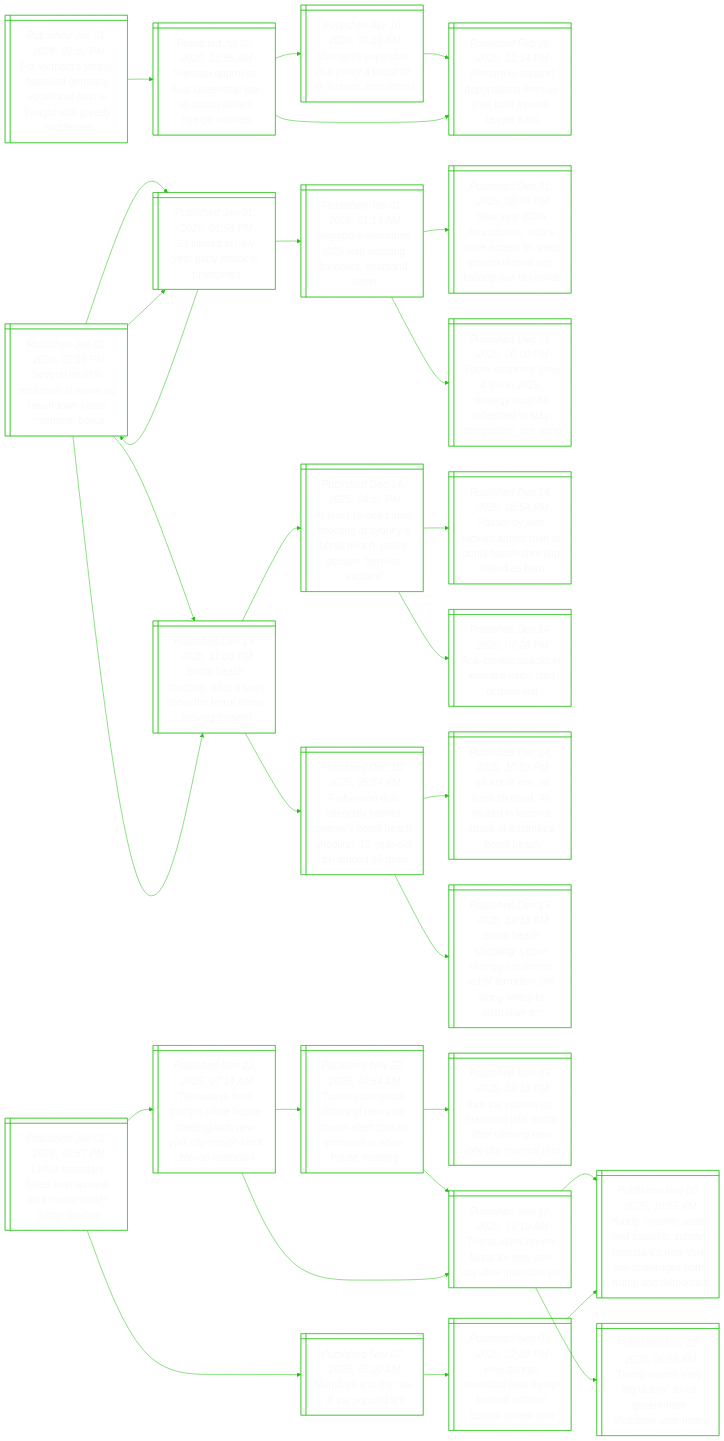
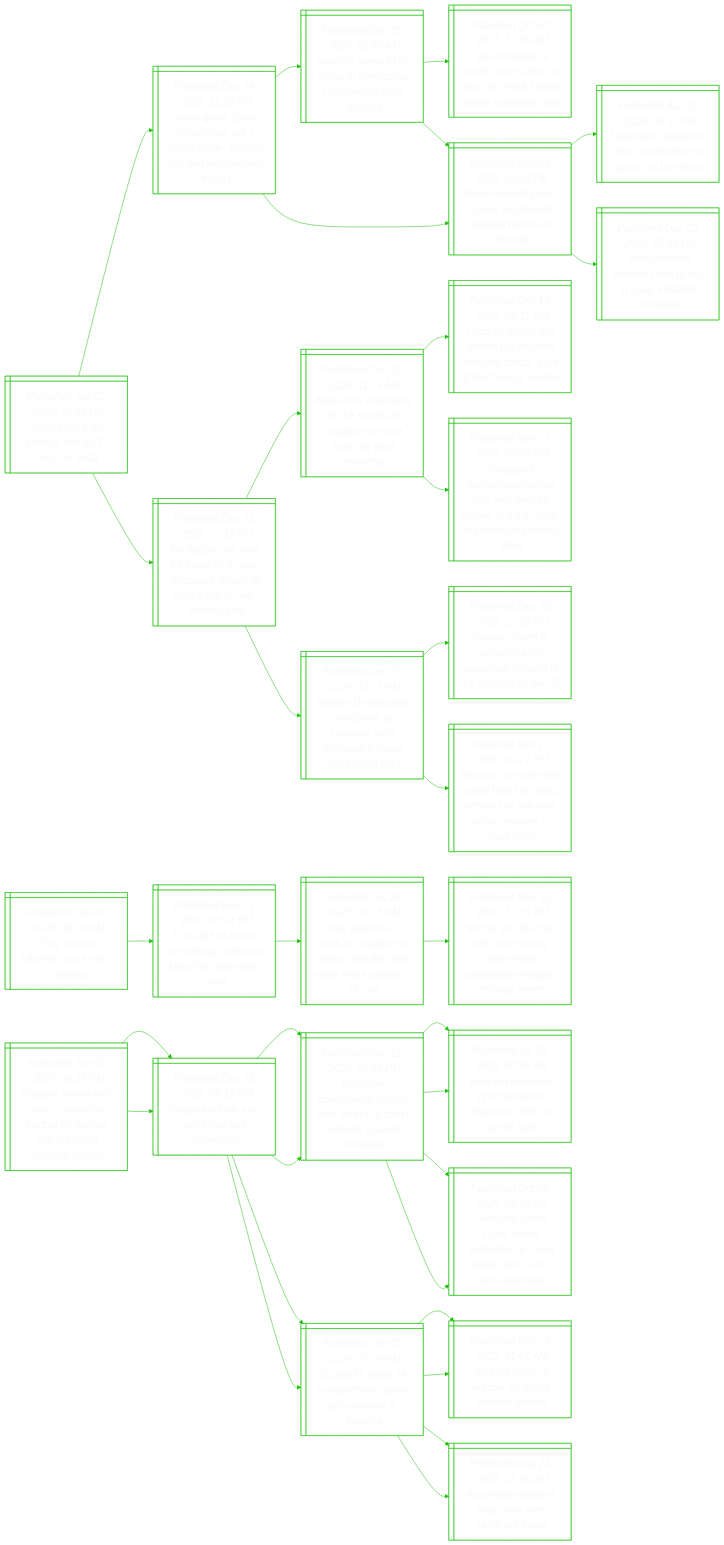
The diagram in README.md (notJmes/notJmes), drawn with Mermaid before and after one commit. The commit also changed other lines of this file, not shown here.

````diff
--- a/README.md
+++ b/README.md
@@ -16,100 +16,109 @@
 flowchart LR
 classDef txtsize font-size:20px;
 
-Fesgueytliuieim@{ shape: win-pane, label: "_Published Jan 01, 2026, 02:30 PM_
-For vietnam’s young, favoured germany vocational path is fraught with greedy middlemen" }
-Vardinlaclone@{ shape: win-pane, label: "_Published Jul 02, 2025, 10:55 AM_
-Vietnam approves dual citizenship law to attract skilled foreign workers" }
-Vapdpysiuit@{ shape: win-pane, label: "_Published Apr 10, 2025, 09:25 AM_
-Vietnam’s expanded visa policy a boost for its tourism, investment" }
-Vautroofattyy@{ shape: win-pane, label: "_Published Feb 28, 2025, 12:14 PM_
-Vietnam to support deportations from us after tariff threats, lawyer says" }
-Vautroofattyy@{ shape: win-pane, label: "_Published Feb 28, 2025, 12:14 PM_
-Vietnam to support deportations from us after tariff threats, lawyer says" }
+IlilrnOa@{ shape: win-pane, label: "_Published Jan 01, 2026, 06:49 PM_
+Israel says it will enforce ban on 37 ngos in gaza" }
+Ilnttotcbiddpnu@{ shape: win-pane, label: "_Published Dec 24, 2025, 11:53 PM_
+Israel green lights contentious oct 7 attack probe, families demand independent inquiry" }
+Ilvinviddrdy@{ shape: win-pane, label: "_Published Dec 25, 2025, 01:52 AM_
+Israel to invest $140 billion in developing independent arms industry" }
+Sbsrcdnacaale@{ shape: win-pane, label: "_Published Oct 08, 2023, 12:45 AM_
+‘sea of bodies’ in israel, scores dead in gaza as shock hamas attack unleashes war" }
+Ilnwbosealcy@{ shape: win-pane, label: "_Published Dec 23, 2025, 08:04 PM_
+Israel extends power to ban broadcasts deemed harmful to security" }
+Ilnwbosealcy@{ shape: win-pane, label: "_Published Dec 23, 2025, 08:04 PM_
+Israel extends power to ban broadcasts deemed harmful to security" }
+Nyutteffraa@{ shape: win-pane, label: "_Published Apr 01, 2024, 09:57 PM_
+Netanyahu pushes to shut israeli office of qatar’s al jazeera tv" }
+Ilnnrtyzaho@{ shape: win-pane, label: "_Published Dec 23, 2025, 07:54 PM_
+Israel defence minister vows to stay in gaza, establish outposts" }
+NpyosbSphdtnlnm@{ shape: win-pane, label: "_Published Dec 31, 2025, 03:15 PM_
+No happy new year for those hit by war; singapore should do what it can to help: shanmugam" }
+AvtheeSpoesast@{ shape: win-pane, label: "_Published Dec 20, 2025, 11:05 AM_
+About 200 volunteers hit the streets of singapore to raise funds for gaza residents" }
+Goefeiimccybnor@{ shape: win-pane, label: "_Published Dec 19, 2025, 08:11 PM_
+Gaza no longer has famine but situation remains critical, says global hunger monitor" }
+SputnpeenaGaedii@{ shape: win-pane, label: "_Published Nov 17, 2024, 07:00 PM_
+Singapore humanitarian group has sent over 50 tonnes of aid to gaza, launches fund-raising drive" }
+WcehaavnpsUBTR@{ shape: win-pane, label: "_Published Dec 27, 2025, 12:15 PM_
+Woman charged with vandalism at salvation army premises in upper bukit timah road" }
+Wldloyaiebrn@{ shape: win-pane, label: "_Published Dec 26, 2025, 10:20 PM_
+Woman linked to salvation army vandalism incident to be charged on dec 27" }
+Wattaidlhsloyinth@{ shape: win-pane, label: "_Published Dec 25, 2025, 04:21 PM_
+Woman arrested after graffiti found on walls, vehicles at salvation army premises in bukit timah" }
 
-Fesgueytliuieim:::txtsize --> Vardinlaclone:::txtsize
-Vardinlaclone:::txtsize --> Vapdpysiuit:::txtsize
-Vapdpysiuit:::txtsize --> Vautroofattyy:::txtsize
-Vardinlaclone:::txtsize --> Vautroofattyy:::txtsize
+IlilrnOa:::txtsize --> Ilnttotcbiddpnu:::txtsize
+Ilnttotcbiddpnu:::txtsize --> Ilvinviddrdy:::txtsize
+Ilvinviddrdy:::txtsize --> Sbsrcdnacaale:::txtsize
+Ilvinviddrdy:::txtsize --> Ilnwbosealcy:::txtsize
+Ilnttotcbiddpnu:::txtsize --> Ilnwbosealcy:::txtsize
+Ilnwbosealcy:::txtsize --> Nyutteffraa:::txtsize
+Ilnwbosealcy:::txtsize --> Ilnnrtyzaho:::txtsize
+IlilrnOa:::txtsize --> NpyosbSphdtnlnm:::txtsize
+NpyosbSphdtnlnm:::txtsize --> AvtheeSpoesast:::txtsize
+AvtheeSpoesast:::txtsize --> Goefeiimccybnor:::txtsize
+AvtheeSpoesast:::txtsize --> SputnpeenaGaedii:::txtsize
+NpyosbSphdtnlnm:::txtsize --> WcehaavnpsUBTR:::txtsize
+WcehaavnpsUBTR:::txtsize --> Wldloyaiebrn:::txtsize
+WcehaavnpsUBTR:::txtsize --> Wattaidlhsloyinth:::txtsize
 
-Sadpowkownto@{ shape: win-pane, label: "_Published Jan 01, 2026, 02:15 PM_
-Several dead in explosion at swiss ski resort town crans montana: police" }
-ieerychp@{ shape: win-pane, label: "_Published Jan 01, 2026, 01:59 PM_
-22 injured in new year party attack in philippines" }
-Sadpowkownto@{ shape: win-pane, label: "_Published Jan 01, 2026, 02:15 PM_
-Several dead in explosion at swiss ski resort town crans montana: police" }
-ieerychp@{ shape: win-pane, label: "_Published Jan 01, 2026, 01:59 PM_
-22 injured in new year party attack in philippines" }
-BBsiaaoeoevod@{ shape: win-pane, label: "_Published Dec 19, 2025, 11:05 PM_
-Bondi beach shooting: what it says about the terror threat moving forward" }
-Speehlirane@{ shape: win-pane, label: "_Published Jan 01, 2026, 01:13 AM_
-Singapore welcomes 2026 with dazzling fireworks, heartland cheer" }
-Nanniocosniyaeo@{ shape: win-pane, label: "_Published Dec 31, 2025, 08:06 PM_
-New year 2026 countdowns: police close access to areas around marina bay, kallang due to crowds" }
-SemwrybrdapiW@{ shape: win-pane, label: "_Published Dec 31, 2025, 06:00 PM_
-S’pore economy grew 4.8% in 2025, strategy must be refreshed to stay competitive: pm wong" }
-BBsiaaoeoevod@{ shape: win-pane, label: "_Published Dec 19, 2025, 11:05 PM_
-Bondi beach shooting: what it says about the terror threat moving forward" }
-Asdrttenaleeoie@{ shape: win-pane, label: "_Published Dec 14, 2025, 04:30 PM_
-At least 16 dead after shooting at sydney’s bondi beach; police declare ‘terrorist incident’" }
-Prolmnnaogee@{ shape: win-pane, label: "_Published Dec 14, 2025, 08:54 PM_
-Passer-by who tackled armed man at bondi beach shooting hailed as hero" }
-AeccAaitfw@{ shape: win-pane, label: "_Published Dec 14, 2025, 07:28 PM_
-Anti-semitic attacks in australia since start of gaza war" }
-Frueynnoehnrioa@{ shape: win-pane, label: "_Published Dec 15, 2025, 05:14 AM_
-Father-son duo allegedly behind sydney’s bondi beach shooting; 10-year-old girl among 16 dead" }
-Aolaaunoaksina@{ shape: win-pane, label: "_Published Dec 14, 2025, 10:50 PM_
-‘an act of evil’: at least 16 dead, 40 injured in terrorist attack at australia’s bondi beach" }
-BBsioryeceiWrtta@{ shape: win-pane, label: "_Published Dec 15, 2025, 12:18 AM_
-Bondi beach shooting: s’pore strongly condemns act of terrorism, pm wong writes to australian pm" }
+Taieooi@{ shape: win-pane, label: "_Published Jan 01, 2026, 06:30 PM_
+They want to influence you to do… nothing" }
+Igntygckhwce@{ shape: win-pane, label: "_Published Dec 01, 2025, 06:21 PM_
+In an age of instant everything, postcards keep the slow magic alive" }
+Plyaaaadaeisl@{ shape: win-pane, label: "_Published Oct 24, 2025, 01:15 PM_
+Pen pals for 43 years, a singaporean and a canadian had never met in person – till now" }
+TeleSslrtegntgt@{ shape: win-pane, label: "_Published May 15, 2025, 12:15 PM_
+‘tell her you like her’: the s’pore social experiment connecting strangers through letters" }
 
-Sadpowkownto:::txtsize --> ieerychp:::txtsize
-ieerychp:::txtsize --> Sadpowkownto:::txtsize
-Sadpowkownto:::txtsize --> ieerychp:::txtsize
-Sadpowkownto:::txtsize --> BBsiaaoeoevod:::txtsize
-ieerychp:::txtsize --> Speehlirane:::txtsize
-Speehlirane:::txtsize --> Nanniocosniyaeo:::txtsize
-Speehlirane:::txtsize --> SemwrybrdapiW:::txtsize
-Sadpowkownto:::txtsize --> BBsiaaoeoevod:::txtsize
-BBsiaaoeoevod:::txtsize --> Asdrttenaleeoie:::txtsize
-Asdrttenaleeoie:::txtsize --> Prolmnnaogee:::txtsize
-Asdrttenaleeoie:::txtsize --> AeccAaitfw:::txtsize
-BBsiaaoeoevod:::txtsize --> Frueynnoehnrioa:::txtsize
-Frueynnoehnrioa:::txtsize --> Aolaaunoaksina:::txtsize
-Frueynnoehnrioa:::txtsize --> BBsioryeceiWrtta:::txtsize
+Taieooi:::txtsize --> Igntygckhwce:::txtsize
+Igntygckhwce:::txtsize --> Plyaaaadaeisl:::txtsize
+Plyaaaadaeisl:::txtsize --> TeleSslrtegntgt:::txtsize
 
-LsdavNroemd@{ shape: win-pane, label: "_Published Jan 01, 2026, 01:57 PM_
-Leftist mamdani takes over as new york mayor under trump shadow" }
-TwruhoegNryrtad@{ shape: win-pane, label: "_Published Nov 22, 2025, 07:14 AM_
-Takeaways from trump’s white house meeting with new york city mayor-elect zohran mamdani" }
-TcncoYaloMnhoeg@{ shape: win-pane, label: "_Published Nov 22, 2025, 04:54 AM_
-Trump commends victory of new york mayor-elect zohran mamdani at white house meeting" }
-ThuMnlmenekmae@{ shape: win-pane, label: "_Published Nov 05, 2025, 02:15 PM_
-‘turn the volume up,’ mamdani tells trump after winning new york city mayoral race" }
-TarwsekaMn@{ shape: win-pane, label: "_Published Nov 12, 2025, 07:10 AM_
-Trump aides review funds for new york city after mamdani win" }
-TarwsekaMn@{ shape: win-pane, label: "_Published Nov 12, 2025, 07:10 AM_
-Trump aides review funds for new york city after mamdani win" }
-YMmnoihaiYilehpea@{ shape: win-pane, label: "_Published Nov 05, 2025, 10:55 AM_
-Young, muslim, asian and socialist: zohran mamdani’s new york win challenges both trump and democrats" }
-Tcsbcaomhwes@{ shape: win-pane, label: "_Published Nov 12, 2025, 06:55 AM_
-Trump claims ‘very big victory’ as us government shutdown vote nears" }
-Mntshul@{ shape: win-pane, label: "_Published Nov 07, 2025, 05:00 AM_
-Mamdani and the rise of the populist left" }
-HhaiTbdemek@{ shape: win-pane, label: "_Published Nov 05, 2025, 02:08 PM_
-How zohran mamdani beat trump-backed andrew cuomo in new york" }
-YMmnoihaiYilehpea@{ shape: win-pane, label: "_Published Nov 05, 2025, 10:55 AM_
-Young, muslim, asian and socialist: zohran mamdani’s new york win challenges both trump and democrats" }
+BrierpfmooBiCtae@{ shape: win-pane, label: "_Published Jan 01, 2026, 06:19 PM_
+Bulgaria joining euro area is powerful symbol for europe: ecb president christine lagarde" }
+Brouirna@{ shape: win-pane, label: "_Published Dec 28, 2025, 04:15 PM_
+Bulgaria adopts euro amid fear and uncertainty" }
+Bromesrsrrtiot@{ shape: win-pane, label: "_Published Dec 11, 2025, 08:58 PM_
+Bulgarian government resigns after weeks of street protests against corruption" }
+BrcsbaefUnt@{ shape: win-pane, label: "_Published Jul 08, 2025, 08:35 PM_
+Bulgaria becomes 21st member to adopt euro after eu green light" }
+Gillepsairyoacs@{ shape: win-pane, label: "_Published Oct 05, 2025, 09:06 AM_
+Georgian police clash, detain protesters as ruling party says it won local elections" }
+EeatsesPmna@{ shape: win-pane, label: "_Published Sep 01, 2025, 07:39 PM_
+Eu chief’s plane hit by suspected russian gps jamming in bulgaria" }
+DsruasvUn@{ shape: win-pane, label: "_Published Feb 24, 2022, 11:01 AM_
+'darkest hours of europe' as russia invades ukraine" }
+Apapoeafe@{ shape: win-pane, label: "_Published Aug 22, 2025, 05:00 AM_
+A trumpian game of ping pong over ukraine’s future" }
+Brouirna@{ shape: win-pane, label: "_Published Dec 28, 2025, 04:15 PM_
+Bulgaria adopts euro amid fear and uncertainty" }
+Bromesrsrrtiot@{ shape: win-pane, label: "_Published Dec 11, 2025, 08:58 PM_
+Bulgarian government resigns after weeks of street protests against corruption" }
+BrcsbaefUnt@{ shape: win-pane, label: "_Published Jul 08, 2025, 08:35 PM_
+Bulgaria becomes 21st member to adopt euro after eu green light" }
+Gillepsairyoacs@{ shape: win-pane, label: "_Published Oct 05, 2025, 09:06 AM_
+Georgian police clash, detain protesters as ruling party says it won local elections" }
+EeatsesPmna@{ shape: win-pane, label: "_Published Sep 01, 2025, 07:39 PM_
+Eu chief’s plane hit by suspected russian gps jamming in bulgaria" }
+DsruasvUn@{ shape: win-pane, label: "_Published Feb 24, 2022, 11:01 AM_
+'darkest hours of europe' as russia invades ukraine" }
+Apapoeafe@{ shape: win-pane, label: "_Published Aug 22, 2025, 05:00 AM_
+A trumpian game of ping pong over ukraine’s future" }
 
-LsdavNroemd:::txtsize --> TwruhoegNryrtad:::txtsize
-TwruhoegNryrtad:::txtsize --> TcncoYaloMnhoeg:::txtsize
-TcncoYaloMnhoeg:::txtsize --> ThuMnlmenekmae:::txtsize
-TcncoYaloMnhoeg:::txtsize --> TarwsekaMn:::txtsize
-TwruhoegNryrtad:::txtsize --> TarwsekaMn:::txtsize
-TarwsekaMn:::txtsize --> YMmnoihaiYilehpea:::txtsize
-TarwsekaMn:::txtsize --> Tcsbcaomhwes:::txtsize
-LsdavNroemd:::txtsize --> Mntshul:::txtsize
-Mntshul:::txtsize --> HhaiTbdemek:::txtsize
-HhaiTbdemek:::txtsize --> YMmnoihaiYilehpea:::txtsize
+BrierpfmooBiCtae:::txtsize --> Brouirna:::txtsize
+Brouirna:::txtsize --> Bromesrsrrtiot:::txtsize
+Bromesrsrrtiot:::txtsize --> BrcsbaefUnt:::txtsize
+Bromesrsrrtiot:::txtsize --> Gillepsairyoacs:::txtsize
+Brouirna:::txtsize --> EeatsesPmna:::txtsize
+EeatsesPmna:::txtsize --> DsruasvUn:::txtsize
+EeatsesPmna:::txtsize --> Apapoeafe:::txtsize
+BrierpfmooBiCtae:::txtsize --> Brouirna:::txtsize
+Brouirna:::txtsize --> Bromesrsrrtiot:::txtsize
+Bromesrsrrtiot:::txtsize --> BrcsbaefUnt:::txtsize
+Bromesrsrrtiot:::txtsize --> Gillepsairyoacs:::txtsize
+Brouirna:::txtsize --> EeatsesPmna:::txtsize
+EeatsesPmna:::txtsize --> DsruasvUn:::txtsize
+EeatsesPmna:::txtsize --> Apapoeafe:::txtsize
 
 ```
````
